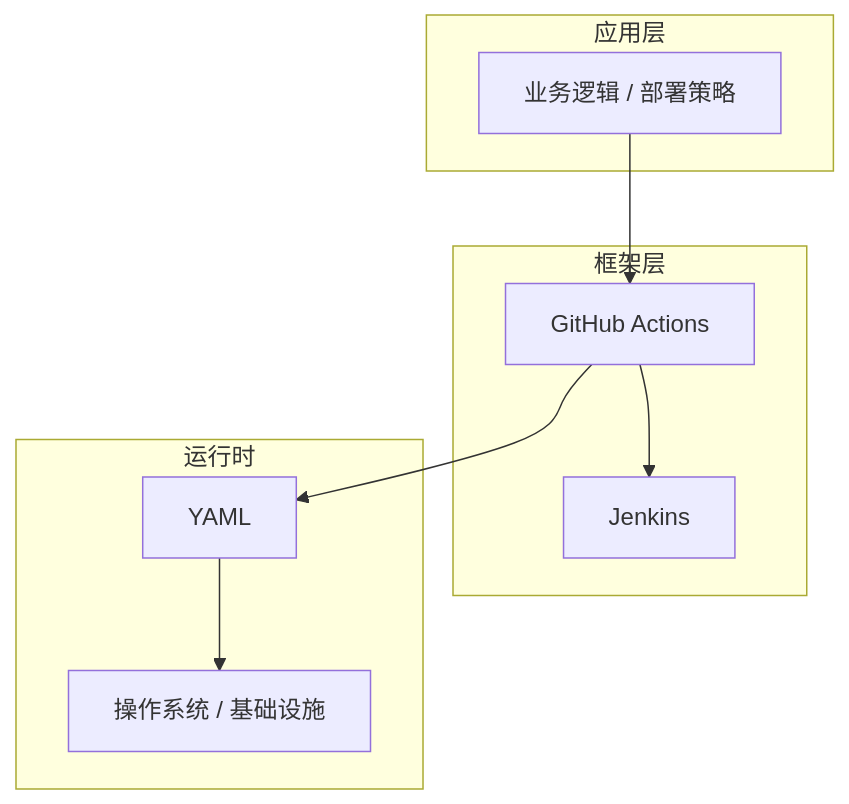
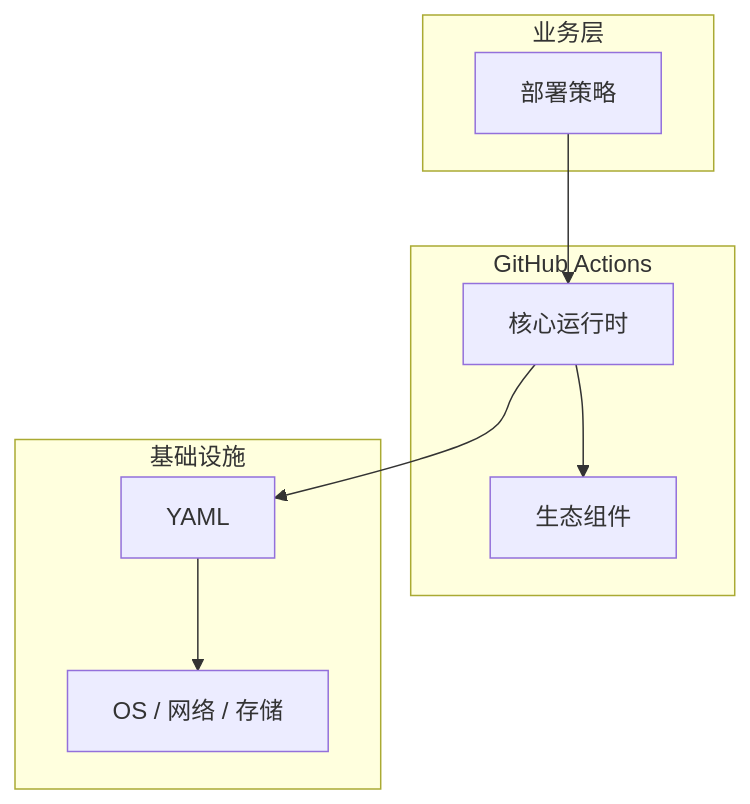
Before and after one commit to yanggan2015/knowledge-json-v2: the diagram in articles/CI与CD/chapters/061-部署策略核心概念与原理.md, drawn with Mermaid. The commit also changed other lines of this file and 10127 other files, not shown here.

````diff
--- a/articles/CI与CD/chapters/061-部署策略核心概念与原理.md
+++ b/articles/CI与CD/chapters/061-部署策略核心概念与原理.md
@@ -45,18 +34,18 @@
 ```mermaid
 graph TB
-    subgraph 应用层
-        A[业务逻辑 / 部署策略]
+    subgraph 业务层
+        A[部署策略]
     end
-    subgraph 框架层
-        B[GitHub Actions]
-        C[Jenkins]
+    subgraph GitHub Actions
+        B[核心运行时]
+        C[生态组件]
     end
-    subgraph 运行时
+    subgraph 基础设施
         D[YAML]
-        E[操作系统 / 基础设施]
+        E[OS / 网络 / 存储]
     end
     A --> B
     B --> C
     B --> D
     D --> E
 ```
````
